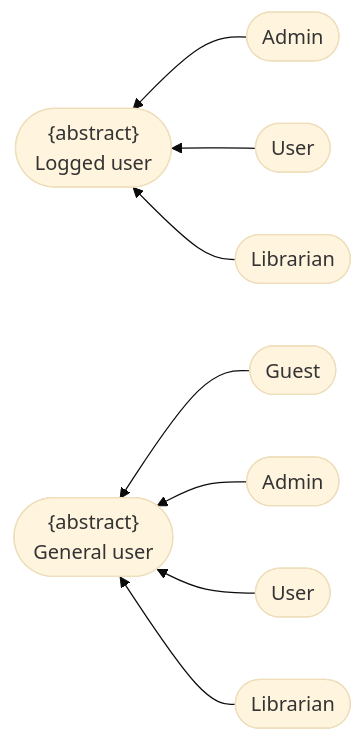
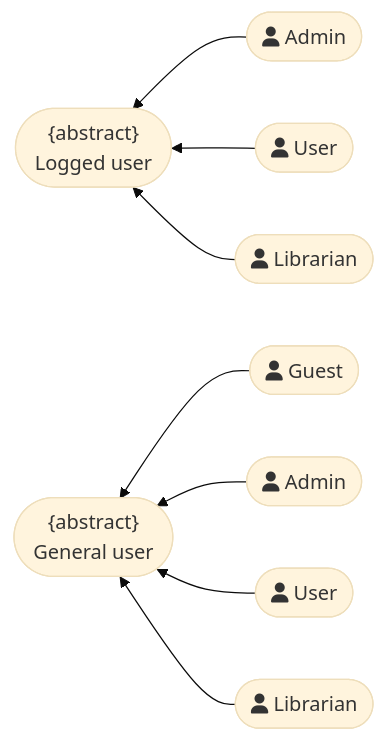
One commit to DuyNhat1705/AmeThyst-Library changed the first of 9 diagrams in docs/management/PA3/Use-CaseDiagram.md. Above: the diagram before and after it, drawn with Mermaid (base theme). The commit also changed other lines of this file, not shown here.

Commit message:
update icon for UC diagram

````diff
--- a/docs/management/PA3/Use-CaseDiagram.md
+++ b/docs/management/PA3/Use-CaseDiagram.md
@@ -25,26 +27,26 @@
 ```mermaid
 flowchart RL
     L1(["<center>{abstract} <br> Logged user</center>"])
 
-    L2_1([Admin])
-    L2_2([User])
-    L2_3([Librarian])
+    L2_1([fa:fa-user Admin])
+    L2_2([fa:fa-user User])
+    L2_3([fa:fa-user Librarian])
 
     L3(["<center>{abstract} <br> General user</center>"])
 
-    L4_1([Guest])
-    L4_2([Admin])
-    L4_3([User])
-    L4_4([Librarian])
+    L4_1([fa:fa-user Guest])
+    L4_2([fa:fa-user Admin])
+    L4_3([fa:fa-user User])
+    L4_4([fa:fa-user Librarian])
 
     L2_1 --> L1
     L2_2 --> L1
     L2_3 --> L1
  
     L4_1 --> L3
     L4_2 --> L3
     L4_3 --> L3
     L4_4 --> L3
 
     
 ```
````
